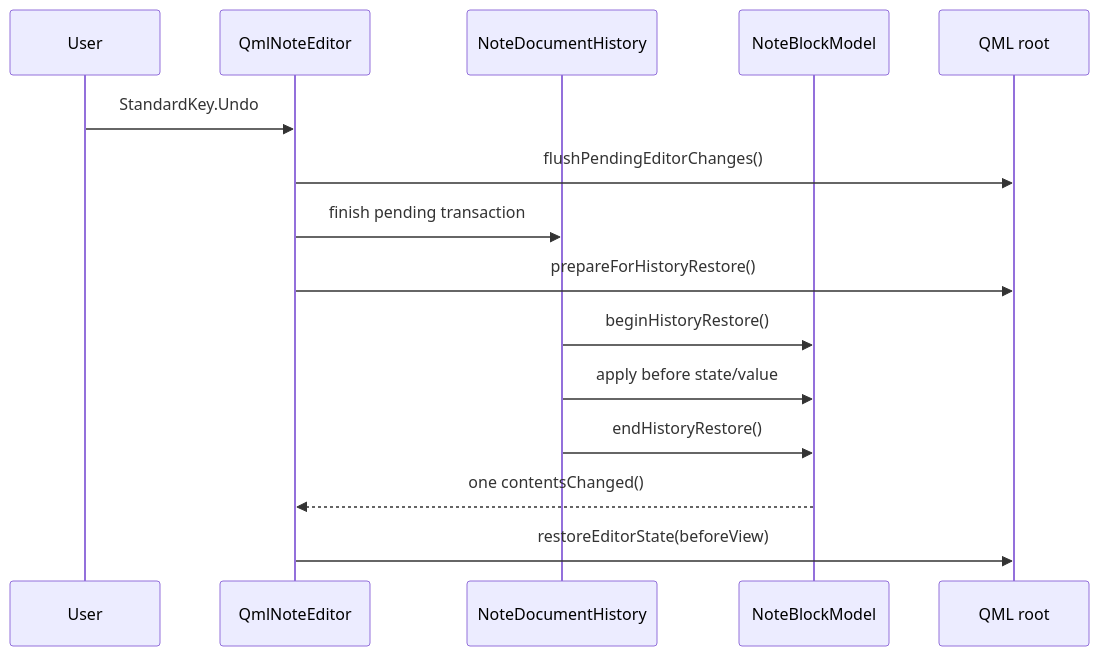
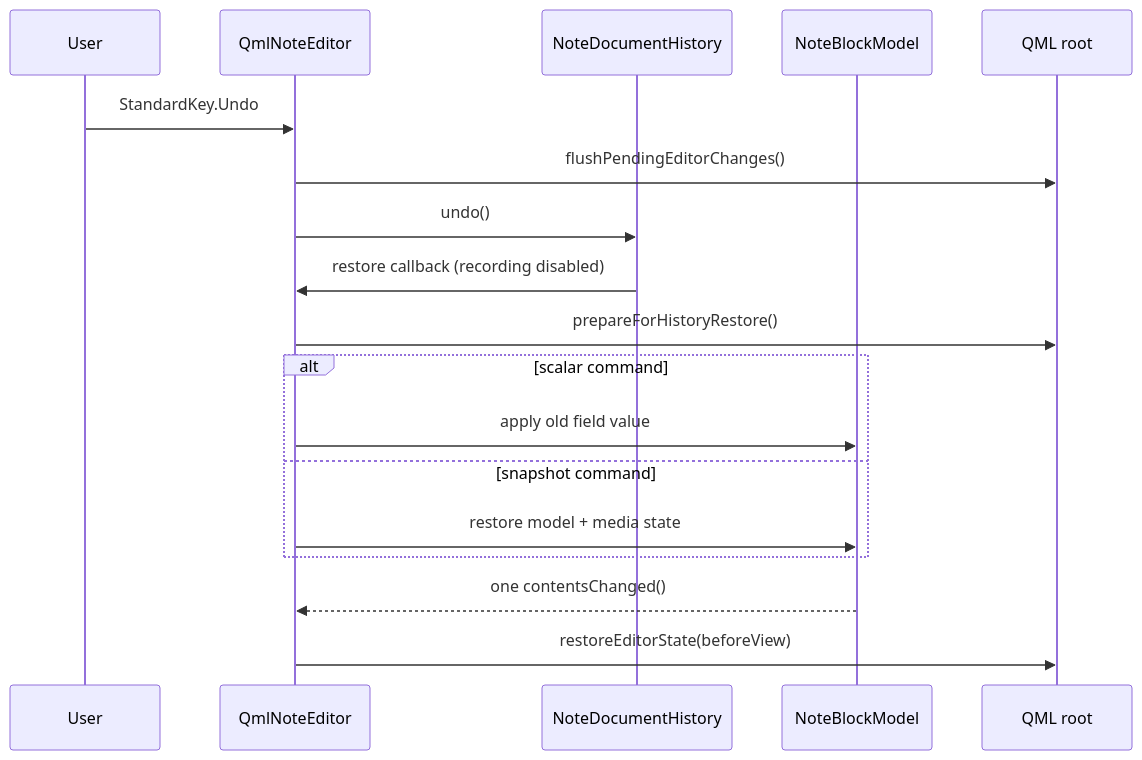
One commit to Ri0n/QtNote changed the second of 2 diagrams in docs/note-editor-undo-redo.md. Above: the diagram before and after it, drawn with Mermaid. The commit also changed other lines of this file and 14 other files, not shown here.

````diff
--- a/docs/note-editor-undo-redo.md
+++ b/docs/note-editor-undo-redo.md
@@ -238,18 +258,21 @@
 ```mermaid
 sequenceDiagram
     participant U as User
     participant E as QmlNoteEditor
     participant H as NoteDocumentHistory
     participant M as NoteBlockModel
     participant Q as QML root
 
     U->>E: StandardKey.Undo
     E->>Q: flushPendingEditorChanges()
-    E->>H: finish pending transaction
+    E->>H: undo()
+    H->>E: restore callback (recording disabled)
     E->>Q: prepareForHistoryRestore()
-    H->>M: beginHistoryRestore()
-    H->>M: apply before state/value
-    H->>M: endHistoryRestore()
+    alt scalar command
+        E->>M: apply old field value
+    else snapshot command
+        E->>M: restore model + media state
+    end
     M-->>E: one contentsChanged()
     E->>Q: restoreEditorState(beforeView)
 ```
````
